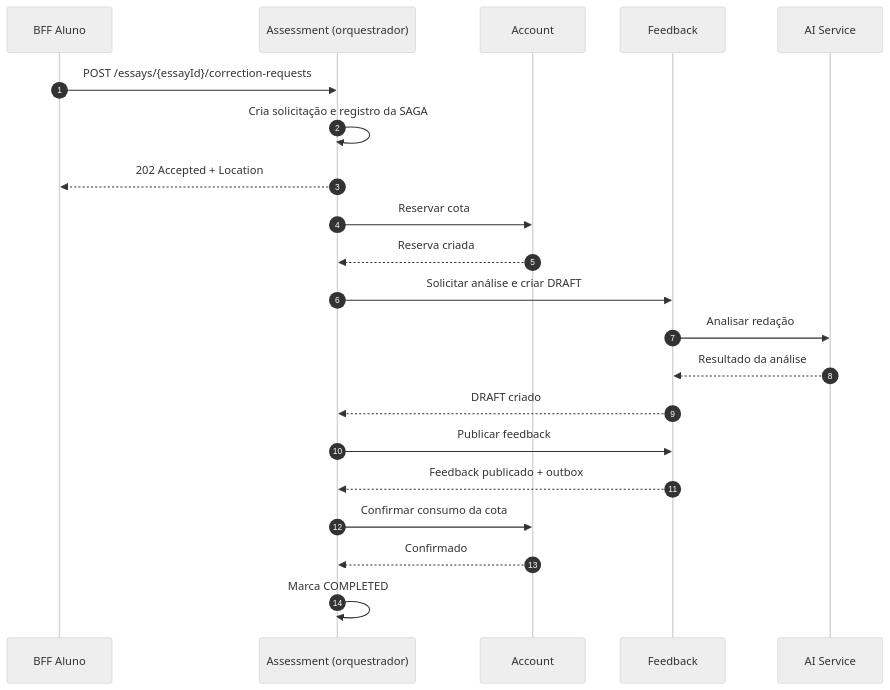
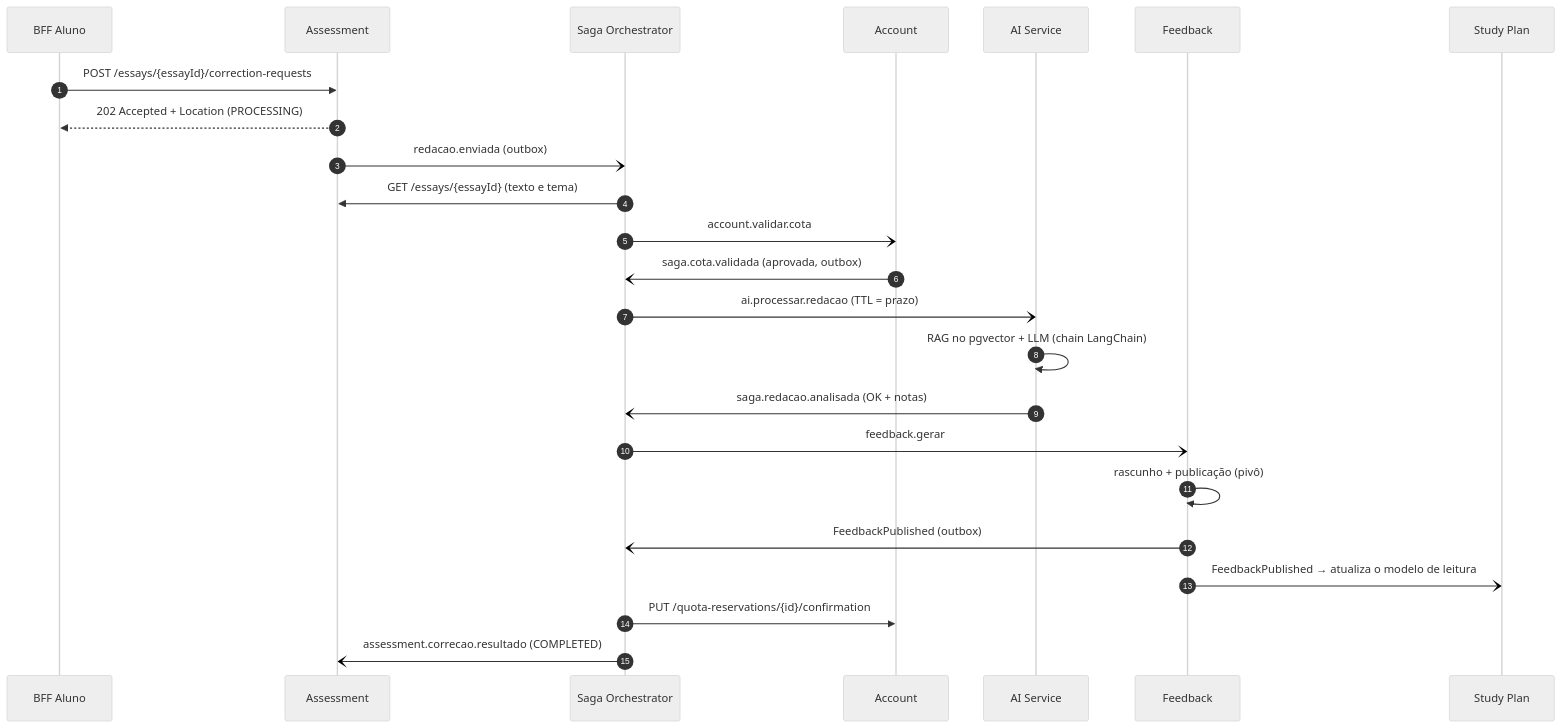
One commit to miguelcoelho22/MentorIA changed the second of 3 diagrams in docs/assets/arquitetura/08-SAGA.md. Above: the diagram before and after it, drawn with Mermaid (neutral theme). The commit also changed other lines of this file and 48 other files, not shown here.

Commit message:
fix(saga): completa SAGA com compensacao e integra IA com LangChain, tool e resiliencia

````diff
--- a/docs/assets/arquitetura/08-SAGA.md
+++ b/docs/assets/arquitetura/08-SAGA.md
@@ -44,25 +71,27 @@
 ```mermaid
 sequenceDiagram
     autonumber
     participant C as BFF Aluno
-    participant AS as Assessment (orquestrador)
+    participant AS as Assessment
+    participant O as Saga Orchestrator
     participant AC as Account
+    participant AI as AI Service
     participant FB as Feedback
-    participant AI as AI Service
+    participant SP as Study Plan
 
     C->>AS: POST /essays/{essayId}/correction-requests
-    AS->>AS: Cria solicitação e registro da SAGA
-    AS-->>C: 202 Accepted + Location
-    AS->>AC: Reservar cota
-    AC-->>AS: Reserva criada
-    AS->>FB: Solicitar análise e criar DRAFT
-    FB->>AI: Analisar redação
-    AI-->>FB: Resultado da análise
-    FB-->>AS: DRAFT criado
-    AS->>FB: Publicar feedback
-    FB-->>AS: Feedback publicado + outbox
-    AS->>AC: Confirmar consumo da cota
-    AC-->>AS: Confirmado
-    AS->>AS: Marca COMPLETED
-
+    AS-->>C: 202 Accepted + Location (PROCESSING)
+    AS-)O: redacao.enviada (outbox)
+    O->>AS: GET /essays/{essayId} (texto e tema)
+    O-)AC: account.validar.cota
+    AC-)O: saga.cota.validada (aprovada, outbox)
+    O-)AI: ai.processar.redacao (TTL = prazo)
+    AI->>AI: RAG no pgvector + LLM (chain LangChain)
+    AI-)O: saga.redacao.analisada (OK + notas)
+    O-)FB: feedback.gerar
+    FB->>FB: rascunho + publicação (pivô)
+    FB-)O: FeedbackPublished (outbox)
+    FB-)SP: FeedbackPublished → atualiza o modelo de leitura
+    O->>AC: PUT /quota-reservations/{id}/confirmation
+    O-)AS: assessment.correcao.resultado (COMPLETED)
 ```
````
